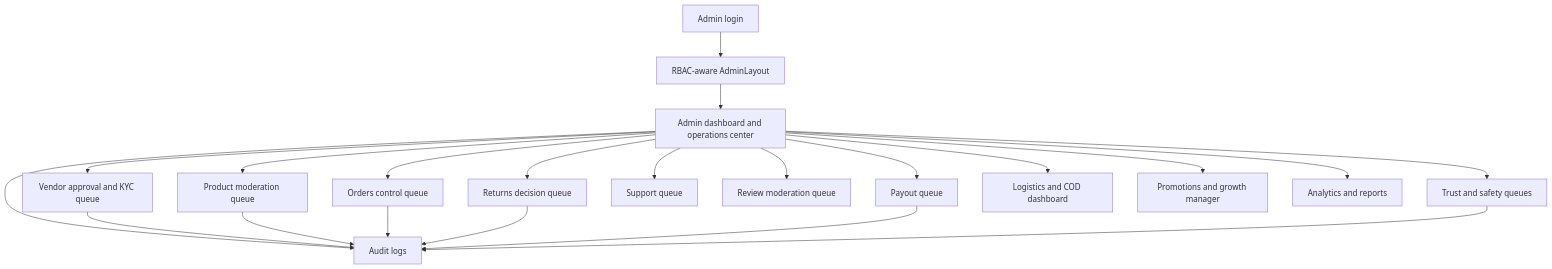
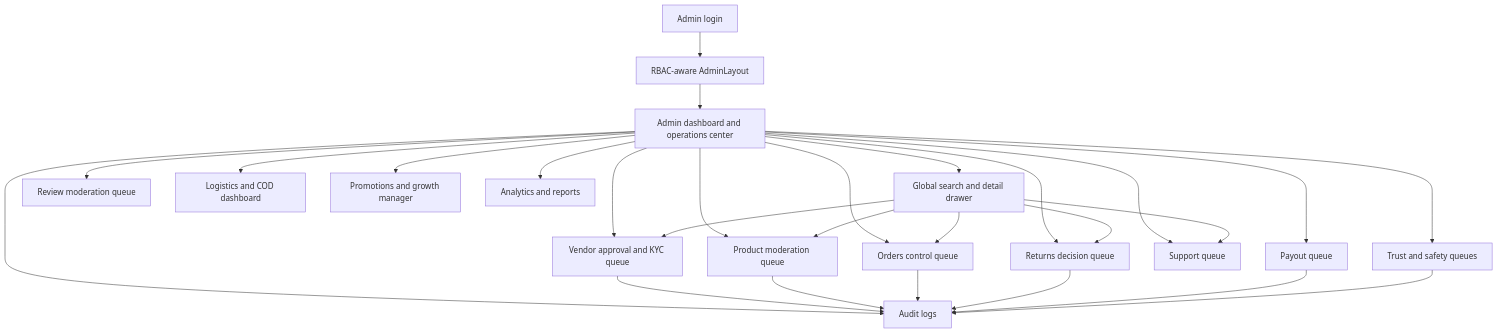
The sixth of 11 diagrams in MARKETPLACE_WORKFLOW_DIAGRAMS.md (mrbabu07/Amiyo-Go), drawn with Mermaid before and after one commit. The commit also changed other lines of this file and 8 other files, not shown here.

Commit message:
Add admin global resource search

````diff
--- a/MARKETPLACE_WORKFLOW_DIAGRAMS.md
+++ b/MARKETPLACE_WORKFLOW_DIAGRAMS.md
@@ -328,25 +328,31 @@
 ```mermaid
 flowchart TB
     ADMIN_LOGIN[Admin login] --> RBAC[RBAC-aware AdminLayout]
     RBAC --> DASH[Admin dashboard and operations center]
 
+    DASH --> GLOBAL_SEARCH[Global search and detail drawer]
     DASH --> VENDOR_QUEUE[Vendor approval and KYC queue]
     DASH --> PRODUCT_QUEUE[Product moderation queue]
     DASH --> ORDER_QUEUE[Orders control queue]
     DASH --> RETURN_QUEUE[Returns decision queue]
     DASH --> PAYOUT_QUEUE[Payout queue]
     DASH --> SUPPORT_QUEUE[Support queue]
     DASH --> REVIEW_QUEUE[Review moderation queue]
     DASH --> TRUST_QUEUE[Trust and safety queues]
     DASH --> LOGISTICS_DASH[Logistics and COD dashboard]
     DASH --> PROMO_DASH[Promotions and growth manager]
     DASH --> ANALYTICS_DASH[Analytics and reports]
     DASH --> AUDIT_LOGS[Audit logs]
 
+    GLOBAL_SEARCH --> ORDER_QUEUE
+    GLOBAL_SEARCH --> VENDOR_QUEUE
+    GLOBAL_SEARCH --> PRODUCT_QUEUE
+    GLOBAL_SEARCH --> RETURN_QUEUE
+    GLOBAL_SEARCH --> SUPPORT_QUEUE
     VENDOR_QUEUE --> AUDIT_LOGS
     PRODUCT_QUEUE --> AUDIT_LOGS
     ORDER_QUEUE --> AUDIT_LOGS
     RETURN_QUEUE --> AUDIT_LOGS
     PAYOUT_QUEUE --> AUDIT_LOGS
     TRUST_QUEUE --> AUDIT_LOGS
 ```
````
